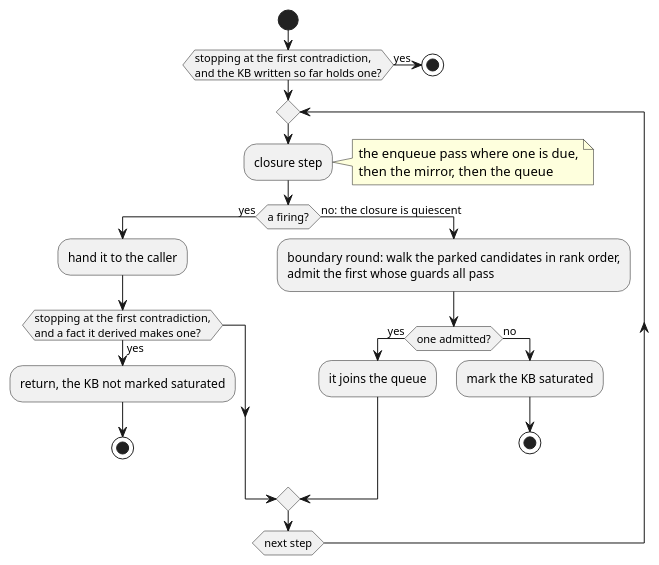
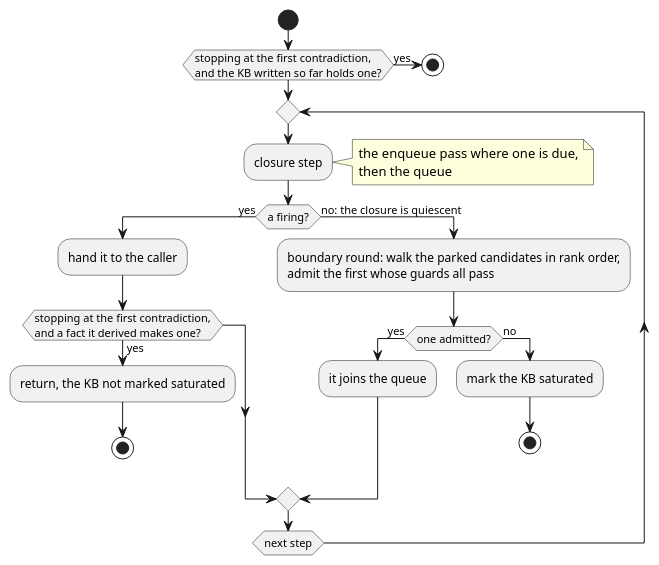
The diagram in docs/ein/ein.rs/diagrams/02-saturation-loop.puml (agutikov/ein), drawn with PlantUML before and after one commit. The commit also changed 94 other files, not shown here.

```diff
--- a/docs/ein/ein.rs/diagrams/02-saturation-loop.puml
+++ b/docs/ein/ein.rs/diagrams/02-saturation-loop.puml
@@ -1,28 +1,28 @@
 @startuml
 start
 if (stopping at the first contradiction,\nand the KB written so far holds one?) then (yes)
   stop
 endif
 repeat
   :closure step;
   note right
     the enqueue pass where one is due,
-    then the mirror, then the queue
+    then the queue
   end note
   if (a firing?) then (yes)
     :hand it to the caller;
     if (stopping at the first contradiction,\nand a fact it derived makes one?) then (yes)
       :return, the KB not marked saturated;
       stop
     endif
   else (no: the closure is quiescent)
     :boundary round: walk the parked candidates in rank order,\nadmit the first whose guards all pass;
     if (one admitted?) then (yes)
       :it joins the queue;
     else (no)
       :mark the KB saturated;
       stop
     endif
   endif
 repeat while (next step)
 @enduml
```
